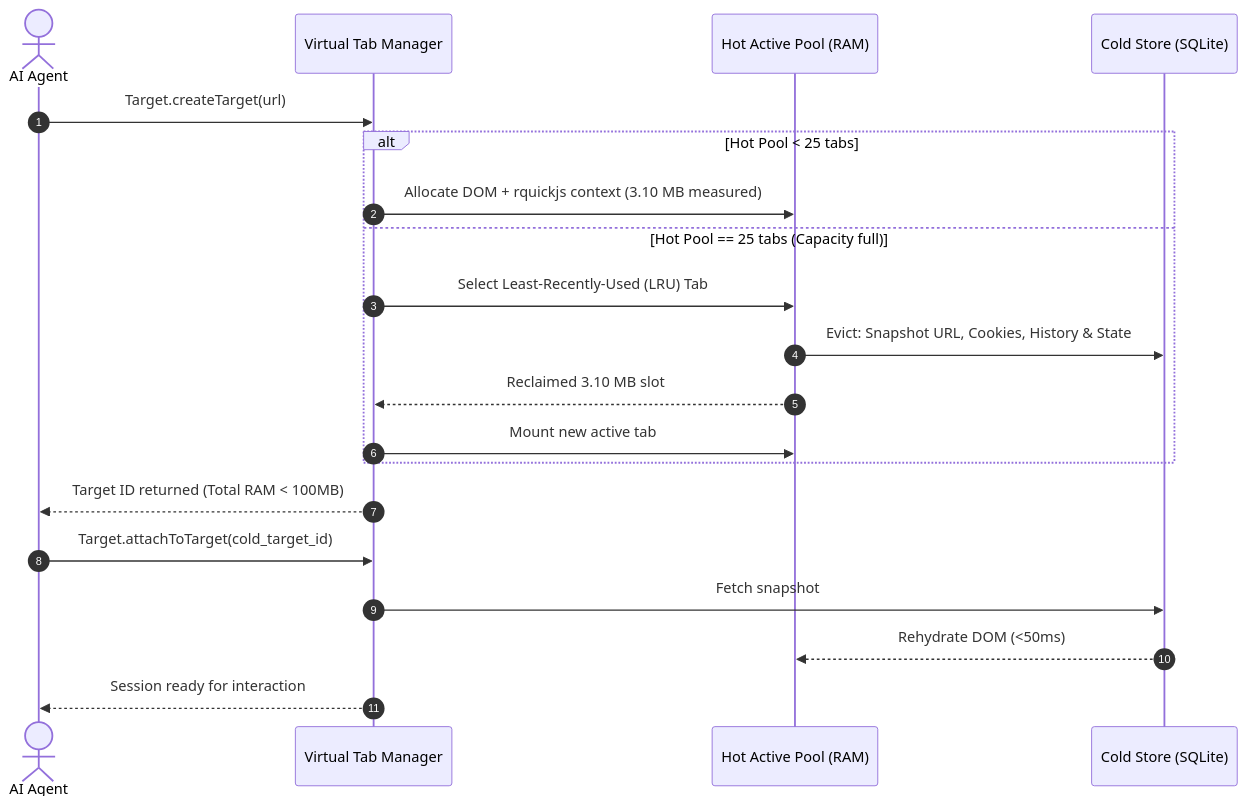
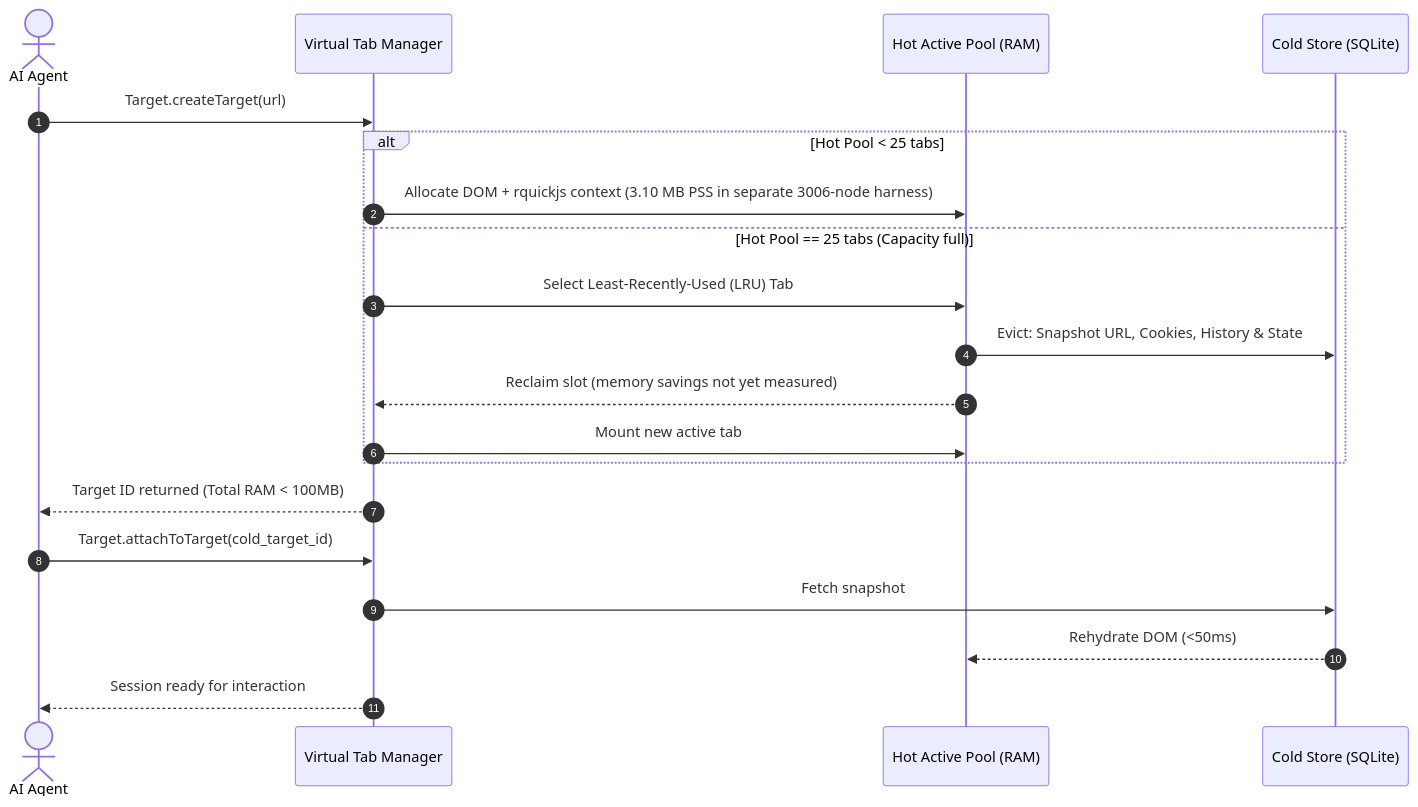
Before and after one commit to adi805/opencrabs-browser: the second of 2 diagrams in docs/prd/PRD-MESIN-RUST 071126-1413.md, drawn with Mermaid. The commit also changed other lines of this file and 1 other file, not shown here.

First line of the commit message:
docs(prd): keep the 3.10 MB figure with the harness that measured it

````diff
--- a/docs/prd/PRD-MESIN-RUST 071126-1413.md
+++ b/docs/prd/PRD-MESIN-RUST 071126-1413.md
@@ -50,23 +50,23 @@
 ```mermaid
 sequenceDiagram
     autonumber
     actor Agent as AI Agent
     participant TabMgr as Virtual Tab Manager
     participant HotPool as Hot Active Pool (RAM)
     participant ColdStore as Cold Store (SQLite)
 
     Agent->>TabMgr: Target.createTarget(url)
     alt Hot Pool < 25 tabs
-        TabMgr->>HotPool: Allocate DOM + rquickjs context (3.10 MB measured)
+        TabMgr->>HotPool: Allocate DOM + rquickjs context (3.10 MB PSS in separate 3006-node harness)
     else Hot Pool == 25 tabs (Capacity full)
         TabMgr->>HotPool: Select Least-Recently-Used (LRU) Tab
         HotPool->>ColdStore: Evict: Snapshot URL, Cookies, History & State
-        HotPool-->>TabMgr: Reclaimed 3.10 MB slot
+        HotPool-->>TabMgr: Reclaim slot (memory savings not yet measured)
         TabMgr->>HotPool: Mount new active tab
     end
     TabMgr-->>Agent: Target ID returned (Total RAM < 100MB)
     Agent->>TabMgr: Target.attachToTarget(cold_target_id)
     TabMgr->>ColdStore: Fetch snapshot
     ColdStore-->>HotPool: Rehydrate DOM (<50ms)
     TabMgr-->>Agent: Session ready for interaction
 ```
````
